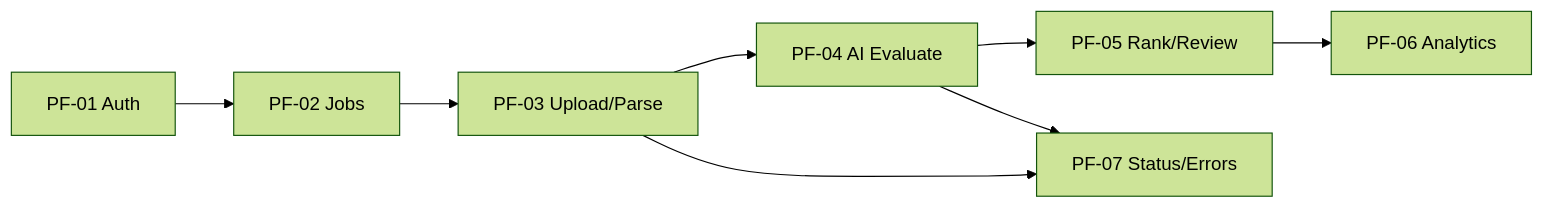
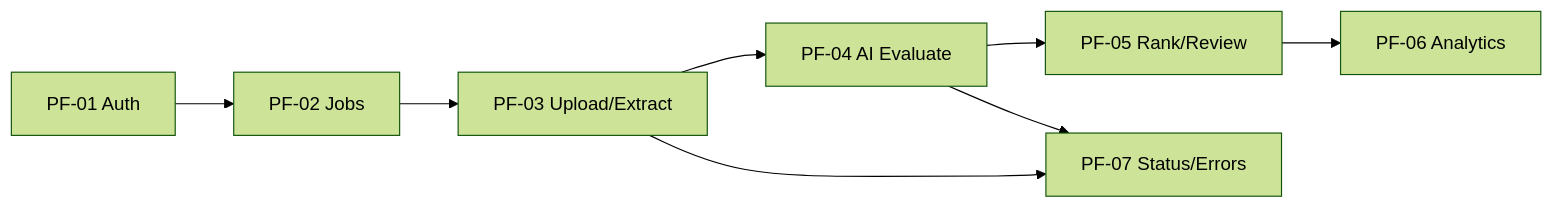
The third of 11 diagrams in docs/01-requirements/03-Software-Requirements-Specification.md (VishnuVardhan-CH-2022/resume-rank-ai-dev), drawn with Mermaid (forest theme) before and after one commit. The commit also changed other lines of this file and 3 other files, not shown here.

````diff
--- a/docs/01-requirements/03-Software-Requirements-Specification.md
+++ b/docs/01-requirements/03-Software-Requirements-Specification.md
@@ -299,10 +350,10 @@
 ```mermaid
 flowchart LR
   PF01[PF-01 Auth] --> PF02[PF-02 Jobs]
-  PF02 --> PF03[PF-03 Upload/Parse]
+  PF02 --> PF03[PF-03 Upload/Extract]
   PF03 --> PF04[PF-04 AI Evaluate]
   PF04 --> PF05[PF-05 Rank/Review]
   PF05 --> PF06[PF-06 Analytics]
   PF03 --> PF07[PF-07 Status/Errors]
   PF04 --> PF07
 ```
````
